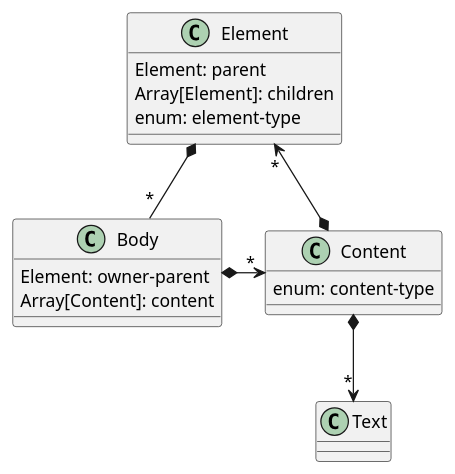
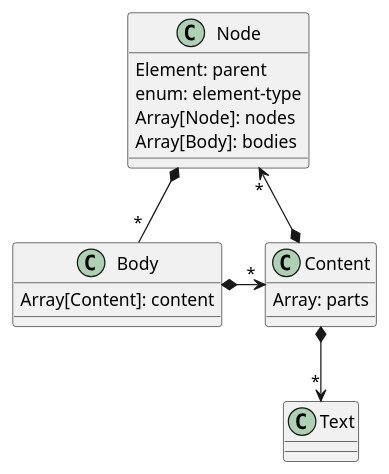
One commit to MARTIMM/Semi-xml changed the second of 2 diagrams in doc/TODO.md. Above: the diagram before and after it, drawn with PlantUML. The commit also changed other lines of this file, not shown here.

````diff
--- a/doc/TODO.md
+++ b/doc/TODO.md
@@ -80,24 +79,24 @@
 ```plantuml
 
-class Element {
+class Node {
   Element: parent
-  Array[Element]: children
   enum: element-type
+  Array[Node]: nodes
+  Array[Body]: bodies
 }
 
 class Body {
-  Element: owner-parent
   Array[Content]: content
 }
 
 class Content {
-  enum: content-type
+  Array: parts
 }
 
-Element *- "*" Body
+Node *- "*" Body
 Body *-> "*" Content
 
 Content *--> "*" Text
-Content *--> "*" Element
+Content *--> "*" Node
 
 ```
````
